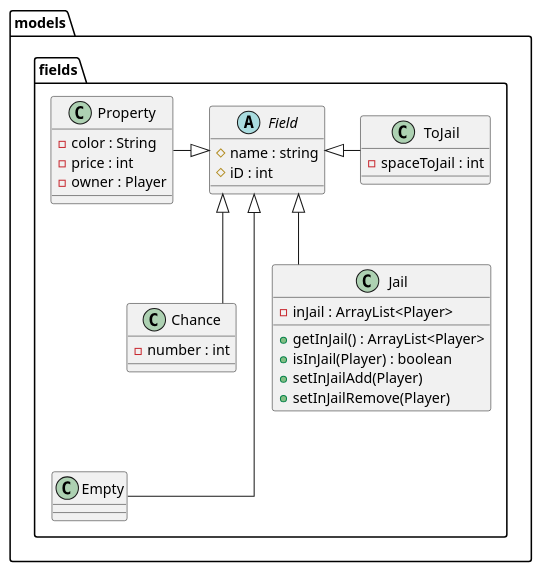
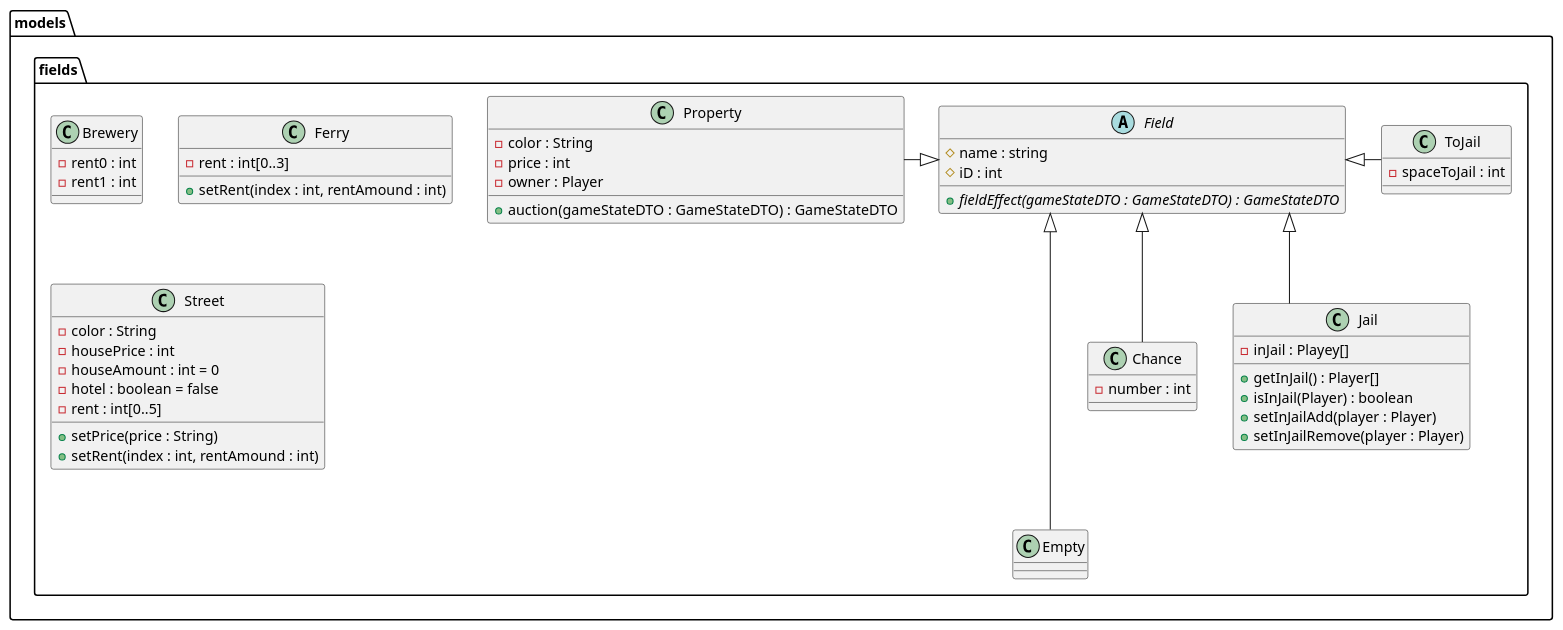
The diagram in src/main/resources/Diagrams/FieldsPackageDesignClass.puml (Gruppe-10-DTU/CDIO-FINAL), drawn with PlantUML before and after one commit.

Commit message:
Updated the field diagram

```diff
--- a/src/main/resources/Diagrams/FieldsPackageDesignClass.puml
+++ b/src/main/resources/Diagrams/FieldsPackageDesignClass.puml
@@ -1,44 +1,65 @@
 @startuml
 'https://plantuml.com/class-diagram
 skinparam linetype ortho
 
 package models.fields {
 abstract Field {
  # name : string
  # iD : int
+ + {abstract} fieldEffect(gameStateDTO : GameStateDTO) : GameStateDTO
 }
 
 class Property {
  - color : String
  - price : int
  - owner : Player
+ + auction(gameStateDTO : GameStateDTO) : GameStateDTO
+}
+class Brewery {
+ - rent0 : int
+ - rent1 : int
+}
+class Ferry {
+    - rent : int[0..3]
+
+    + setRent(index : int, rentAmound : int)
+}
+class Street {
+    - color : String
+    - housePrice : int
+    - houseAmount : int = 0
+    - hotel : boolean = false
+    - rent : int[0..5]
+
+    + setPrice(price : String)
+    + setRent(index : int, rentAmound : int)
 }
 class Empty{
 
 }
 
 class Chance {
 - number : int
 }
 
 class Jail {
- - inJail : ArrayList<Player>
- + getInJail() : ArrayList<Player>
+ - inJail : Playey[]
+ + getInJail() : Player[]
  + isInJail(Player) : boolean
- + setInJailAdd(Player)
- + setInJailRemove(Player)
+ + setInJailAdd(player : Player)
+ + setInJailRemove(player : Player)
 }
 
 class ToJail {
  -spaceToJail : int
 }
 
 
 
 Field <|-left- Property
 Field <|--- Empty
 Field <|-- Chance
 Field <|-- Jail
 Field <|-right- ToJail
 }
 @enduml
```
